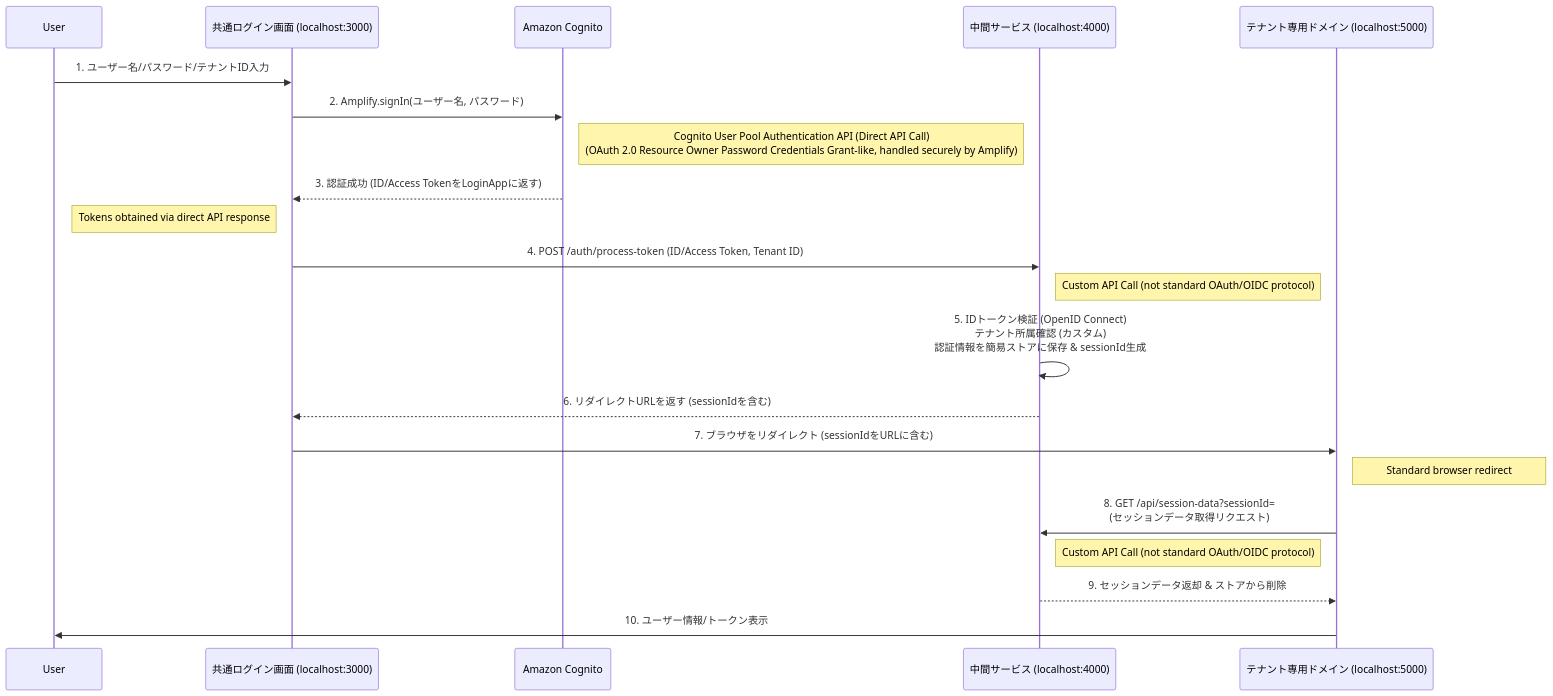
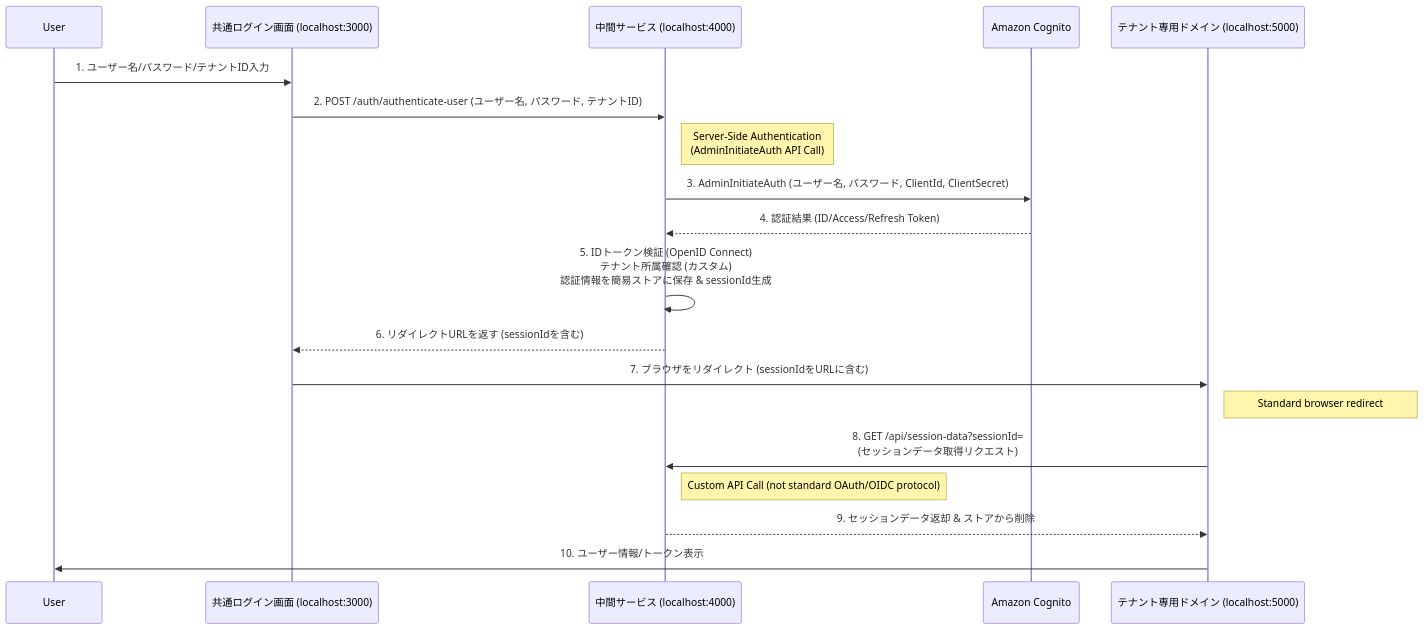
The diagram in README.md (masa-ymd/cognito-amplify), drawn with Mermaid before and after one commit. The commit also changed other lines of this file and 5 other files, not shown here.

````diff
--- a/README.md
+++ b/README.md
@@ -160,24 +183,22 @@
 ```mermaid
 sequenceDiagram
     participant User
     participant LoginApp as 共通ログイン画面 (localhost:3000)
+    participant CallbackService as 中間サービス (localhost:4000)
     participant Cognito as Amazon Cognito
-    participant CallbackService as 中間サービス (localhost:4000)
     participant TenantApp as テナント専用ドメイン (localhost:5000)
 
     User->>LoginApp: 1. ユーザー名/パスワード/テナントID入力
-    LoginApp->>Cognito: 2. Amplify.signIn(ユーザー名, パスワード)
-    Note right of Cognito: Cognito User Pool Authentication API (Direct API Call)<br/>(OAuth 2.0 Resource Owner Password Credentials Grant-like, handled securely by Amplify)
-    Cognito-->>LoginApp: 3. 認証成功 (ID/Access TokenをLoginAppに返す)
-    Note left of LoginApp: Tokens obtained via direct API response
-    LoginApp->>CallbackService: 4. POST /auth/process-token (ID/Access Token, Tenant ID)
-    Note right of CallbackService: Custom API Call (not standard OAuth/OIDC protocol)
+    LoginApp->>CallbackService: 2. POST /auth/authenticate-user (ユーザー名, パスワード, テナントID)
+    Note right of CallbackService: Server-Side Authentication<br/>(AdminInitiateAuth API Call)
+    CallbackService->>Cognito: 3. AdminInitiateAuth (ユーザー名, パスワード, ClientId, ClientSecret)
+    Cognito-->>CallbackService: 4. 認証結果 (ID/Access/Refresh Token)
     CallbackService->>CallbackService: 5. IDトークン検証 (OpenID Connect)<br/>テナント所属確認 (カスタム)<br/>認証情報を簡易ストアに保存 & sessionId生成
     CallbackService-->>LoginApp: 6. リダイレクトURLを返す (sessionIdを含む)
     LoginApp->>TenantApp: 7. ブラウザをリダイレクト (sessionIdをURLに含む)
     Note right of TenantApp: Standard browser redirect
     TenantApp->>CallbackService: 8. GET /api/session-data?sessionId=<br/>(セッションデータ取得リクエスト)
     Note right of CallbackService: Custom API Call (not standard OAuth/OIDC protocol)
     CallbackService-->>TenantApp: 9. セッションデータ返却 & ストアから削除
     TenantApp->>User: 10. ユーザー情報/トークン表示
 ```
````
